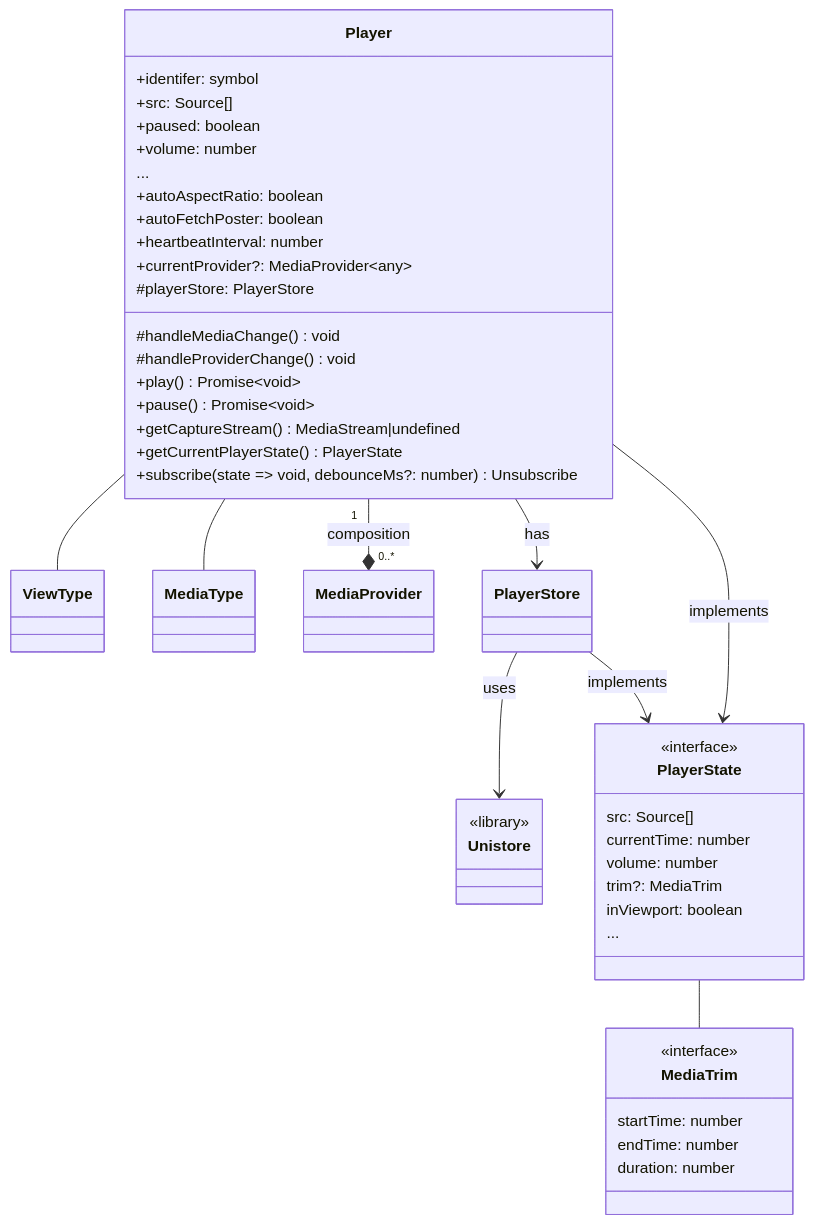
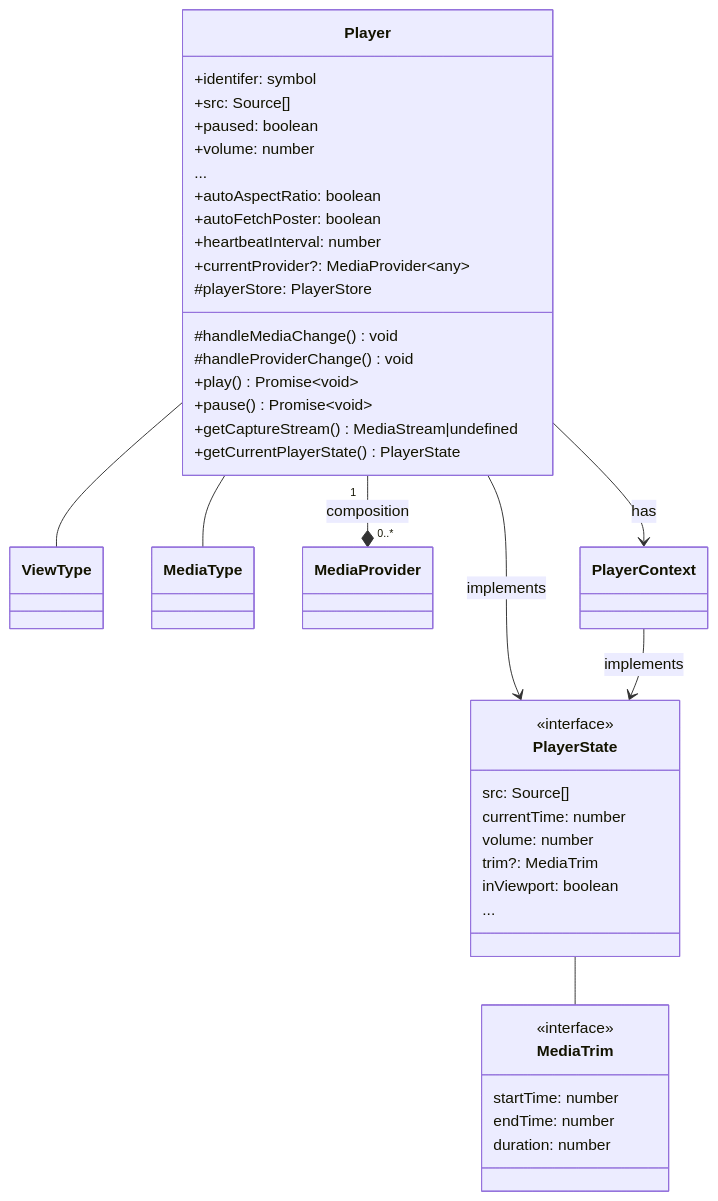
Before and after one commit to vime-js/vime: the diagram in plan/designs/player.mmd, drawn with Mermaid. The commit also changed 4 other files, not shown here.

Commit message:
chore: cleanup architectural designs

```diff
--- a/plan/designs/player.mmd
+++ b/plan/designs/player.mmd
@@ -1,55 +1,50 @@
 classDiagram
 
 class Player {
     +identifer: symbol
     +src: Source[]
     +paused: boolean
     +volume: number
     ...
     +autoAspectRatio: boolean
     +autoFetchPoster: boolean
     +heartbeatInterval: number
     +currentProvider?: MediaProvider~any~
     #playerStore: PlayerStore
 
     #handleMediaChange() void
     #handleProviderChange() void
     +play() Promise~void~ 
     +pause() Promise~void~ 
     +getCaptureStream() MediaStream|undefined
     +getCurrentPlayerState() PlayerState
-    +subscribe(state => void, debounceMs?: number) Unsubscribe
 }
 
 Player -- ViewType
 Player -- MediaType
 Player "1" --* "0..*" MediaProvider: composition
 
-class PlayerStore
-class Unistore
-<<library>>Unistore
-
-PlayerStore --> Unistore: uses
-Player --> PlayerStore: has
+class PlayerContext
+Player --> PlayerContext: has
 
 class PlayerState {
     <<interface>>
     src: Source[]
     currentTime: number
     volume: number
     trim?: MediaTrim
     inViewport: boolean
     ...
 }
 
 Player --> PlayerState: implements
-PlayerStore --> PlayerState: implements
+PlayerContext --> PlayerState: implements
 
 class MediaTrim {
     <<interface>>
     startTime: number
     endTime: number
     duration: number
 }
 
 PlayerState -- MediaTrim
```
